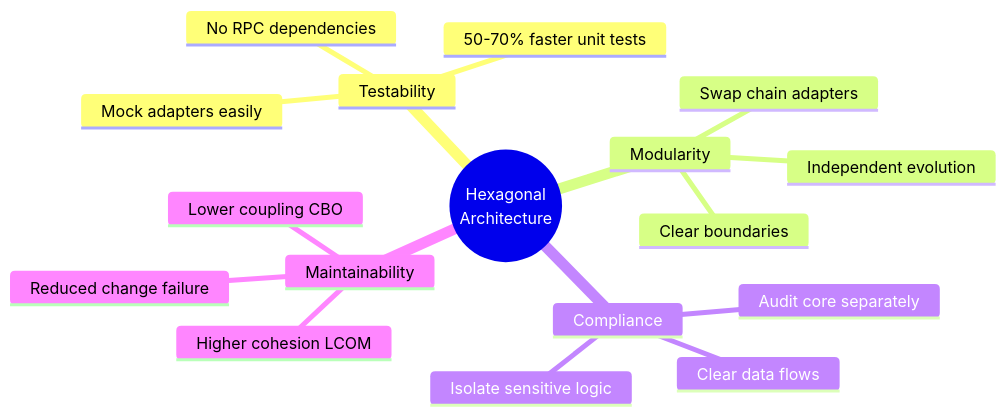
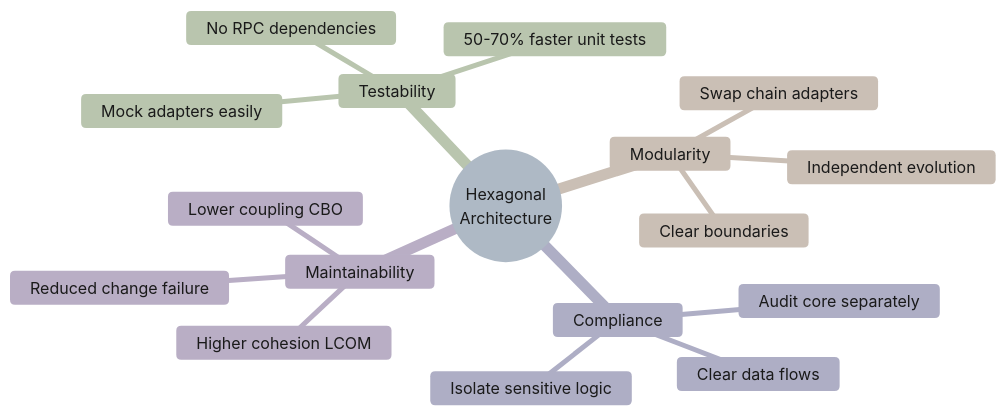
The fourth of 18 diagrams in Workplace/Interview/Blockchain/Posts/MPCWalletEngineer/Architecture/GPT5_Revised.md (ljg-cqu/knowledge), drawn with Mermaid before and after one commit. The commit also changed other lines of this file and 13 other files, not shown here.

Commit message:
Enhance visual consistency and readability of diagrams in ZencoderAuto+_Revised.md by updating theme variables and styles across all mermaid charts. Adjust colors for improved contrast and clarity, ensuring a cohesive design throughout the document.

````diff
--- a/Workplace/Interview/Blockchain/Posts/MPCWalletEngineer/Architecture/GPT5_Revised.md
+++ b/Workplace/Interview/Blockchain/Posts/MPCWalletEngineer/Architecture/GPT5_Revised.md
@@ -130,20 +167,29 @@
 ```mermaid
+%%{init: {
+  "theme": "base",
+  "themeVariables": {
+    "primaryColor": "#f8f9fa",
+    "primaryTextColor": "#1a1a1a",
+    "primaryBorderColor": "#7a8591",
+    "lineColor": "#8897a8"
+  }
+}}%%
 mindmap
   root((Hexagonal<br/>Architecture))
     Testability
       50-70% faster unit tests
       No RPC dependencies
       Mock adapters easily
     Modularity
       Swap chain adapters
       Independent evolution
       Clear boundaries
     Compliance
       Audit core separately
       Isolate sensitive logic
       Clear data flows
     Maintainability
       Lower coupling CBO
       Higher cohesion LCOM
       Reduced change failure
 ```
````
